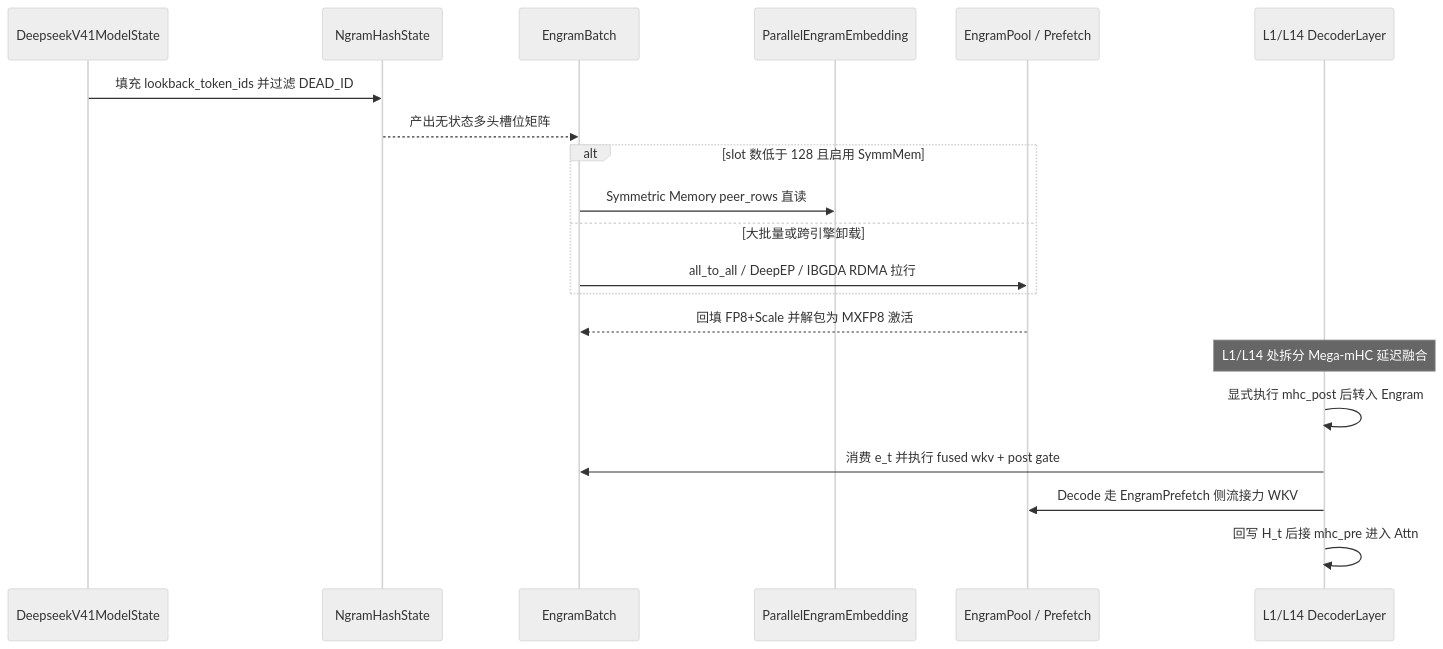
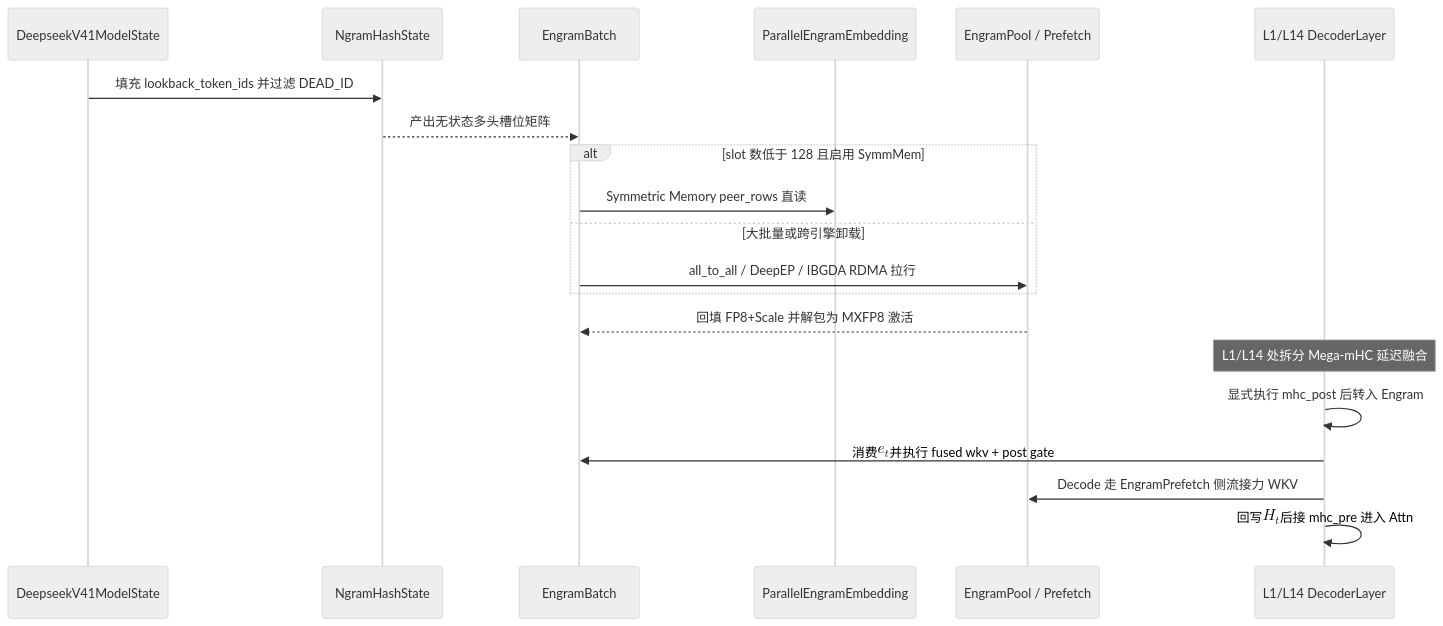
Before and after one commit to xingcanlee/infra-note: the second of 4 diagrams in src/content/posts/deepseek/07-engram/index.mdx, drawn with Mermaid (neutral theme). The commit also changed other lines of this file and 158 other files, not shown here.

Commit message:
feat: simplify diagrams to Pele + single-source drawio, refine layout and typography, and upgrade astro-wisp to 0.7.1

````diff
--- a/src/content/posts/deepseek/07-engram/index.mdx
+++ b/src/content/posts/deepseek/07-engram/index.mdx
@@ -409,23 +409,23 @@
 ```mermaid caption="图 13：vllm@99b0b0b0 一次前向推理的 Engram 状态流转与分布式调度链路"
 sequenceDiagram
     participant Runner as DeepseekV41ModelState
     participant Hash as NgramHashState
     participant Batch as EngramBatch
     participant Emb as ParallelEngramEmbedding
     participant Pool as EngramPool / Prefetch
     participant Layer as L1/L14 DecoderLayer
 
     Runner->>Hash: 填充 lookback_token_ids 并过滤 DEAD_ID
     Hash-->>Batch: 产出无状态多头槽位矩阵
     alt slot 数低于 128 且启用 SymmMem
         Batch->>Emb: Symmetric Memory peer_rows 直读
     else 大批量或跨引擎卸载
         Batch->>Pool: all_to_all / DeepEP / IBGDA RDMA 拉行
     end
     Pool-->>Batch: 回填 FP8+Scale 并解包为 MXFP8 激活
     Note over Layer: L1/L14 处拆分 Mega-mHC 延迟融合
     Layer->>Layer: 显式执行 mhc_post 后转入 Engram
-    Layer->>Batch: 消费 e_t 并执行 fused wkv + post gate
+    Layer->>Batch: 消费 $$e_t$$ 并执行 fused wkv + post gate
     Layer->>Pool: Decode 走 EngramPrefetch 侧流接力 WKV
-    Layer->>Layer: 回写 H_t 后接 mhc_pre 进入 Attn
+    Layer->>Layer: 回写 $$H_t$$ 后接 mhc_pre 进入 Attn
 ```
````
